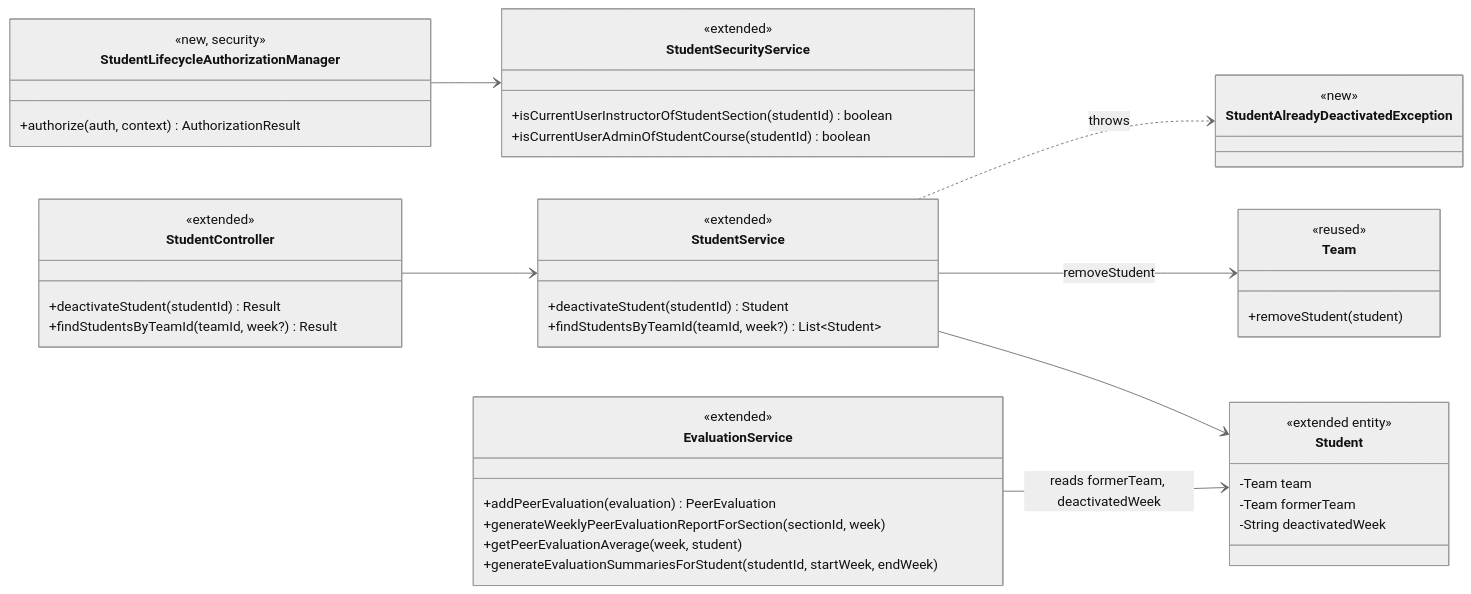
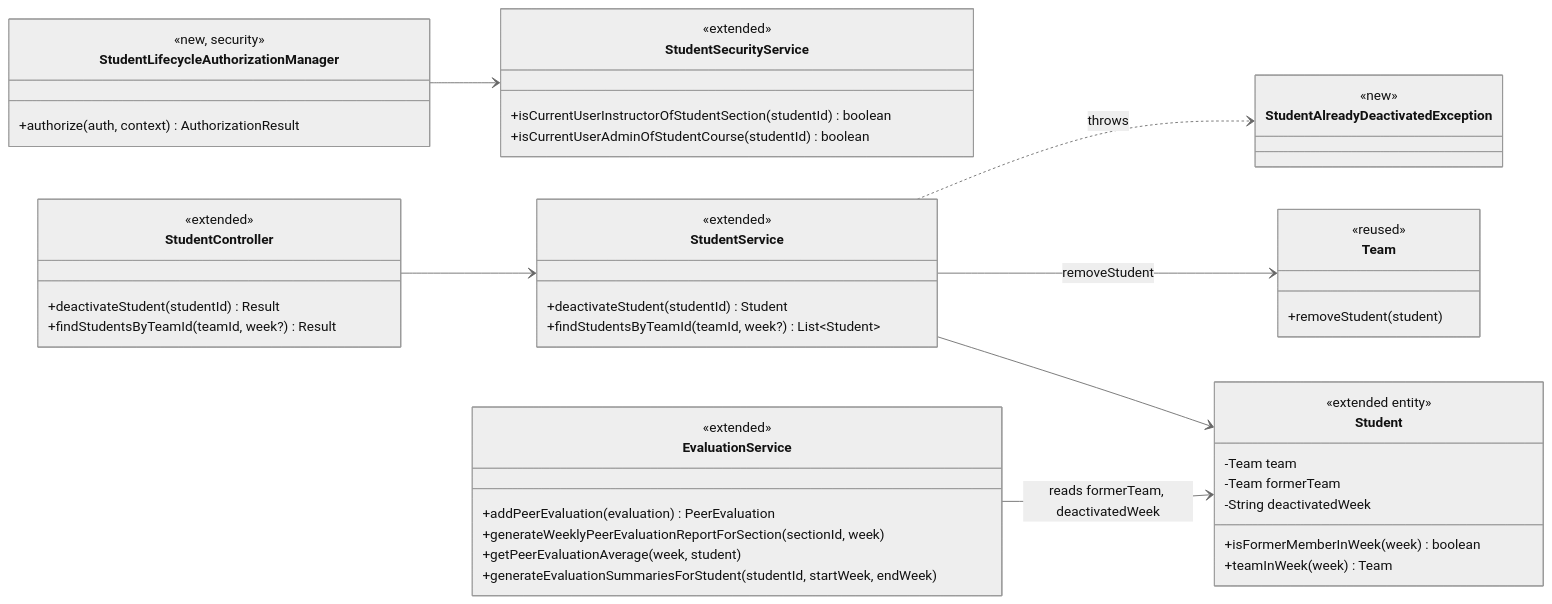
The first of 4 diagrams in docs/design/stu.md (turnerdemott/add-a-use-case), drawn with Mermaid (neutral theme) before and after one commit. The commit also changed other lines of this file, not shown here.

````diff
--- a/docs/design/stu.md
+++ b/docs/design/stu.md
@@ -16,49 +16,51 @@
 ```mermaid
 classDiagram
     direction LR
     class StudentController {
         <<extended>>
         +deactivateStudent(studentId) Result
         +findStudentsByTeamId(teamId, week?) Result
     }
     class StudentService {
         <<extended>>
         +deactivateStudent(studentId) Student
         +findStudentsByTeamId(teamId, week?) List~Student~
     }
     class Student {
         <<extended entity>>
         -Team team
         -Team formerTeam
         -String deactivatedWeek
+        +isFormerMemberInWeek(week) boolean
+        +teamInWeek(week) Team
     }
     class StudentSecurityService {
         <<extended>>
         +isCurrentUserInstructorOfStudentSection(studentId) boolean
         +isCurrentUserAdminOfStudentCourse(studentId) boolean
     }
     class StudentLifecycleAuthorizationManager {
         <<new, security>>
         +authorize(auth, context) AuthorizationResult
     }
     class StudentAlreadyDeactivatedException {
         <<new>>
     }
     class EvaluationService {
         <<extended>>
         +addPeerEvaluation(evaluation) PeerEvaluation
         +generateWeeklyPeerEvaluationReportForSection(sectionId, week)
         +getPeerEvaluationAverage(week, student)
         +generateEvaluationSummariesForStudent(studentId, startWeek, endWeek)
     }
     class Team {
         <<reused>>
         +removeStudent(student)
     }
     StudentController --> StudentService
     StudentService --> Student
     StudentService --> Team : removeStudent
     StudentService ..> StudentAlreadyDeactivatedException : throws
     StudentLifecycleAuthorizationManager --> StudentSecurityService
     EvaluationService --> Student : reads formerTeam, deactivatedWeek
 ```
````
